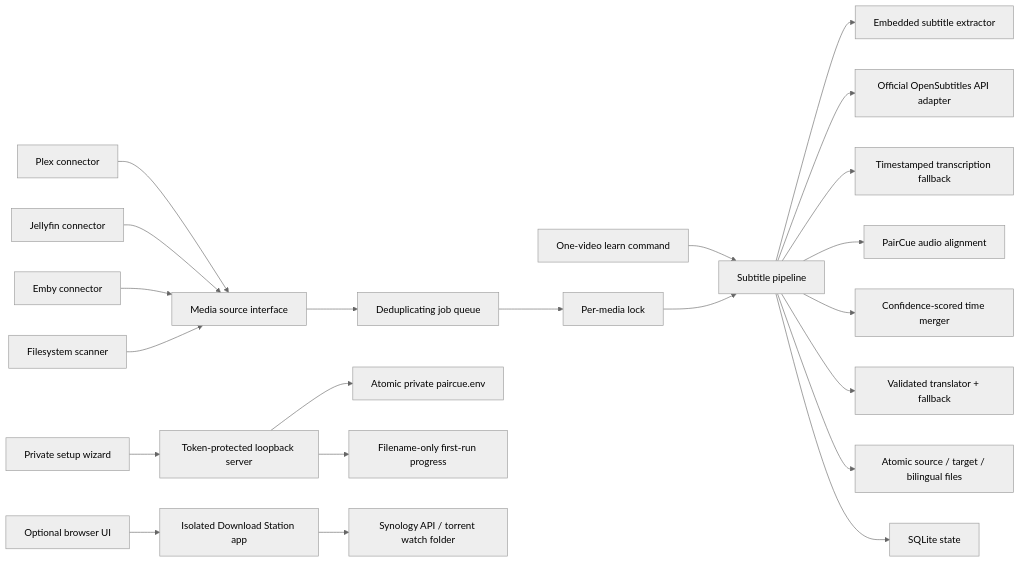
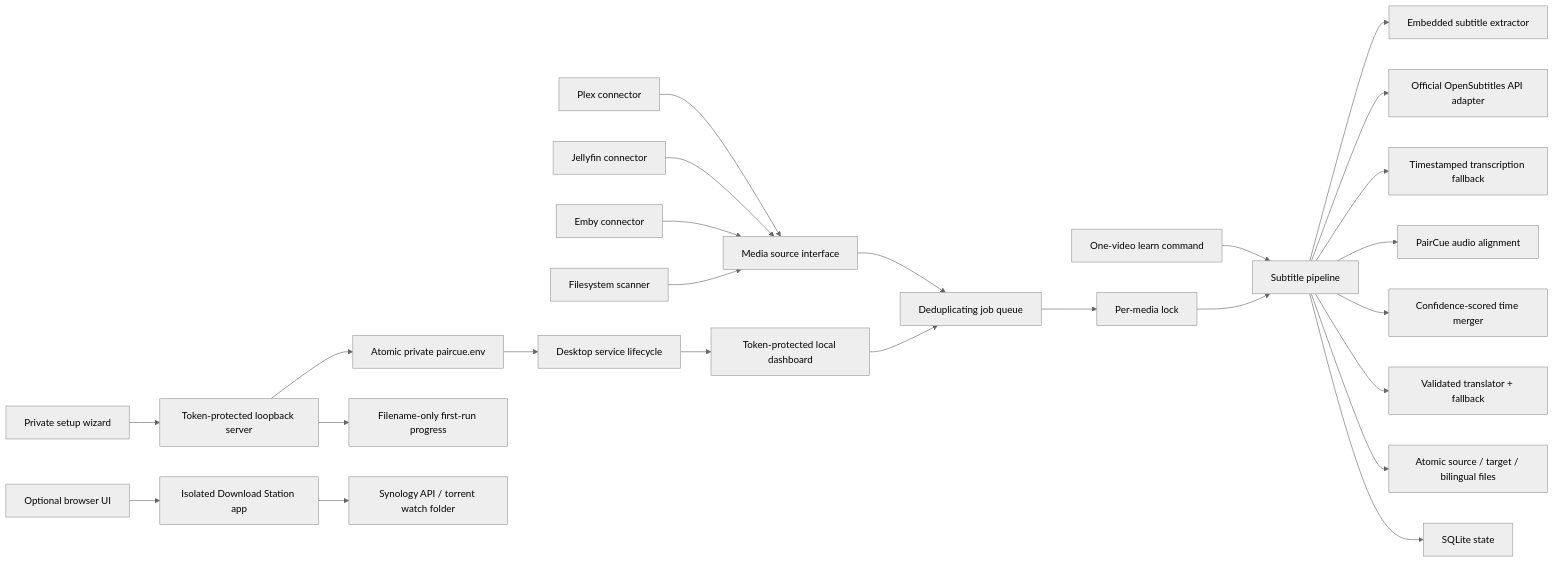
Before and after one commit to NLINEA/PairCue: the diagram in ARCHITECTURE.md, drawn with Mermaid (neutral theme). The commit also changed other lines of this file and 36 other files, not shown here.

Commit message:
feat: add one-click desktop library dashboard

````diff
--- a/ARCHITECTURE.md
+++ b/ARCHITECTURE.md
@@ -16,26 +16,29 @@
 ```mermaid
 flowchart LR
     Plex["Plex connector"] --> Source["Media source interface"]
     Jellyfin["Jellyfin connector"] --> Source
     Emby["Emby connector"] --> Source
     Folder["Filesystem scanner"] --> Source
     Learn["One-video learn command"] --> Pipeline
     Source --> Queue["Deduplicating job queue"]
     Queue --> Lock["Per-media lock"]
     Lock --> Pipeline["Subtitle pipeline"]
     Pipeline --> Embedded["Embedded subtitle extractor"]
     Pipeline --> Provider["Official OpenSubtitles API adapter"]
     Pipeline --> Transcribe["Timestamped transcription fallback"]
     Pipeline --> Sync["PairCue audio alignment"]
     Pipeline --> Merge["Confidence-scored time merger"]
     Pipeline --> Translate["Validated translator + fallback"]
     Pipeline --> Output["Atomic source / target / bilingual files"]
     Pipeline --> State["SQLite state"]
 
     Setup["Private setup wizard"] --> Loopback["Token-protected loopback server"]
     Loopback --> Config["Atomic private paircue.env"]
     Loopback --> Progress["Filename-only first-run progress"]
+    Config --> Desktop["Desktop service lifecycle"]
+    Desktop --> Dashboard["Token-protected local dashboard"]
+    Dashboard --> Queue
 
     Browser["Optional browser UI"] --> DownloadAPI["Isolated Download Station app"]
     DownloadAPI --> Synology["Synology API / torrent watch folder"]
 ```
````
